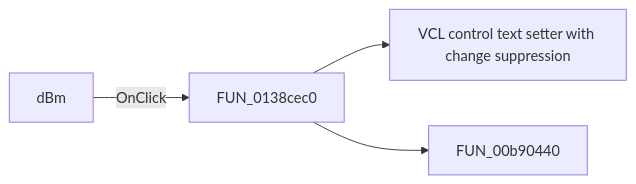
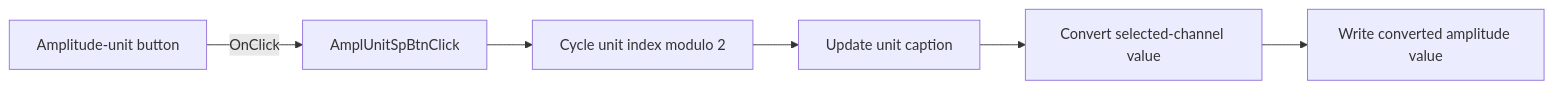
The diagram in docs/ui-controls/signalanalyzerwin/amplunitspbtn-d7c746dd7c.md (MovGP0/TIARA), drawn with Mermaid before and after one commit. The commit also changed other lines of this file and 1062 other files, not shown here.

````diff
--- a/docs/ui-controls/signalanalyzerwin/amplunitspbtn-d7c746dd7c.md
+++ b/docs/ui-controls/signalanalyzerwin/amplunitspbtn-d7c746dd7c.md
@@ -27,6 +29,8 @@
 ```mermaid
 flowchart LR
-    control["dBm"] -->|OnClick| handler["FUN_0138cec0"]
-    handler --> call1["VCL control text setter with change suppression"]
-    handler --> call2["FUN_00b90440"]
+    control["Amplitude-unit button"] -->|OnClick| handler["AmplUnitSpBtnClick"]
+    handler --> cycle["Cycle unit index modulo 2"]
+    cycle --> caption["Update unit caption"]
+    caption --> convert["Convert selected-channel value"]
+    convert --> display["Write converted amplitude value"]
 ```
````
